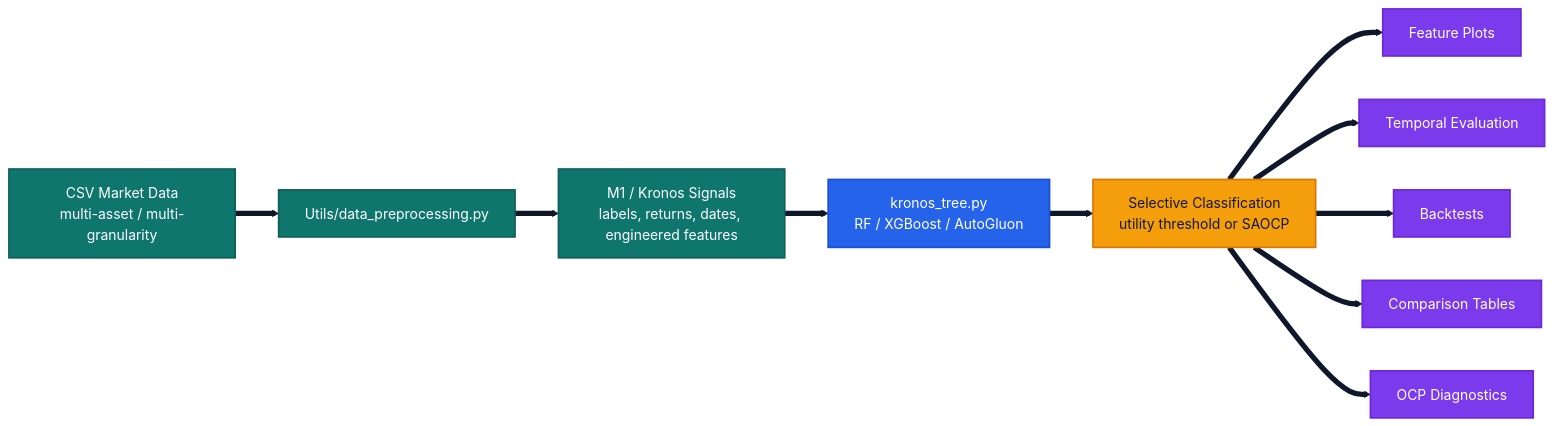
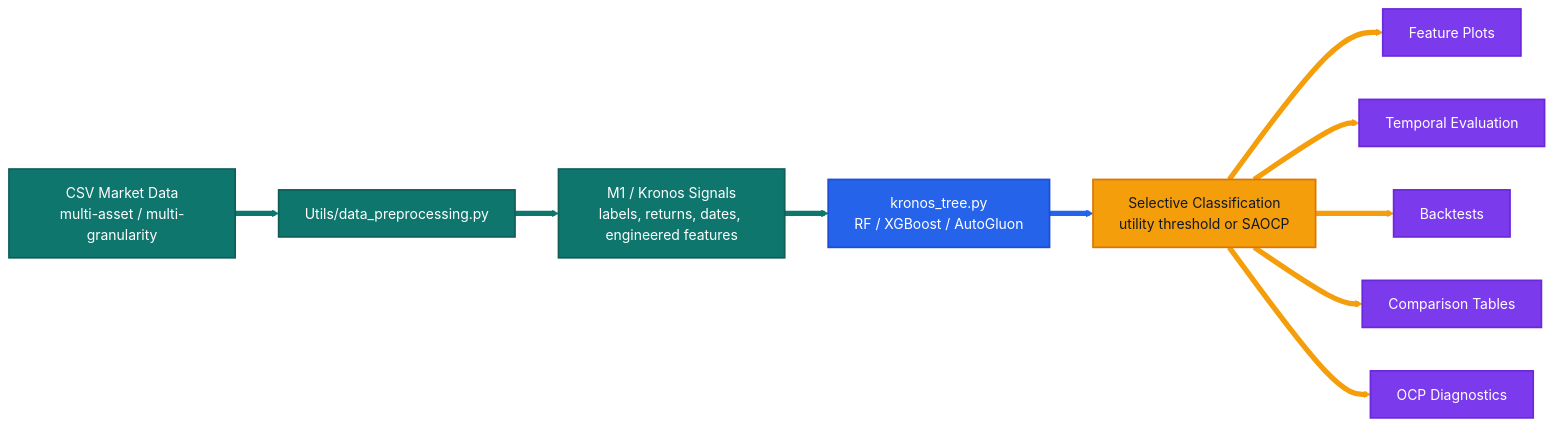
Before and after one commit to Pablo-Molla-Charlez/SecondaryModel: the first of 2 diagrams in README.md, drawn with Mermaid. The commit also changed other lines of this file, not shown here.

Commit message:
Readme improvements 3

````diff
--- a/README.md
+++ b/README.md
@@ -31,22 +31,24 @@
 ```mermaid
 %%{init: {'theme': 'base', 'themeVariables': { 'primaryColor': '#0f766e', 'primaryBorderColor': '#115e59', 'primaryTextColor': '#ffffff', 'secondaryColor': '#f59e0b', 'tertiaryColor': '#dbeafe', 'lineColor': '#0f172a', 'background': '#ffffff'}}}%%
 flowchart LR
     A[CSV Market Data<br/>multi-asset / multi-granularity] --> B[Utils/data_preprocessing.py]
     B --> C[M1 / Kronos Signals<br/>labels, returns, dates, engineered features]
     C --> D[kronos_tree.py<br/>RF / XGBoost / AutoGluon]
     D --> E[Selective Classification<br/>utility threshold or SAOCP]
     E --> F[Feature Plots]
     E --> G[Temporal Evaluation]
     E --> H[Backtests]
     E --> I[Comparison Tables]
     E --> J[OCP Diagnostics]
     classDef input fill:#0f766e,stroke:#115e59,color:#ffffff,stroke-width:2px;
     classDef model fill:#2563eb,stroke:#1d4ed8,color:#ffffff,stroke-width:2px;
     classDef select fill:#f59e0b,stroke:#d97706,color:#111827,stroke-width:2px;
     classDef report fill:#7c3aed,stroke:#6d28d9,color:#ffffff,stroke-width:2px;
     class A,B,C input;
     class D model;
     class E select;
     class F,G,H,I,J report;
-    linkStyle default stroke:#0f172a,stroke-width:6px;
+    linkStyle 0,1,2 stroke:#0f766e,stroke-width:6px;
+    linkStyle 3 stroke:#2563eb,stroke-width:6px;
+    linkStyle 4,5,6,7,8 stroke:#f59e0b,stroke-width:6px;
 ```
````
